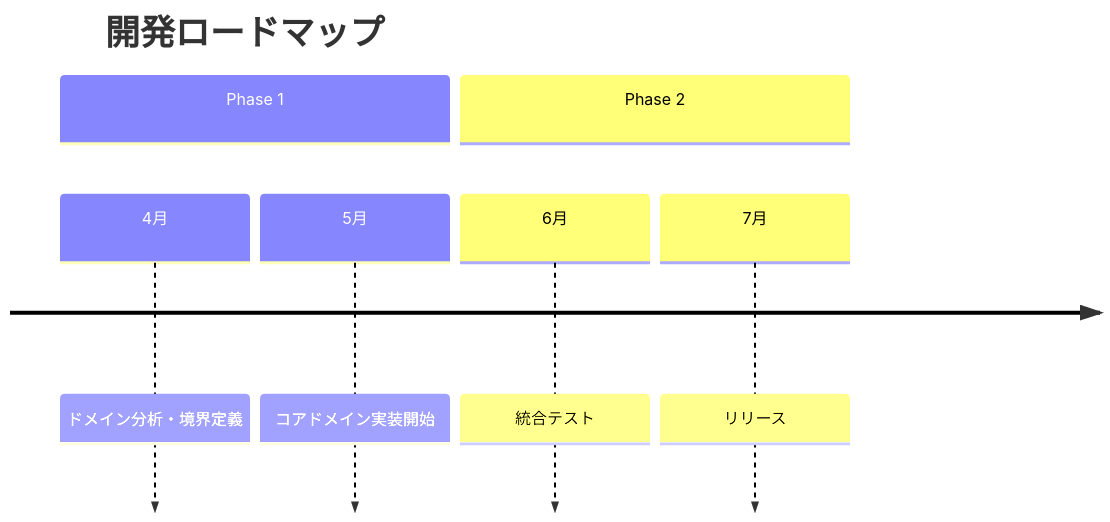
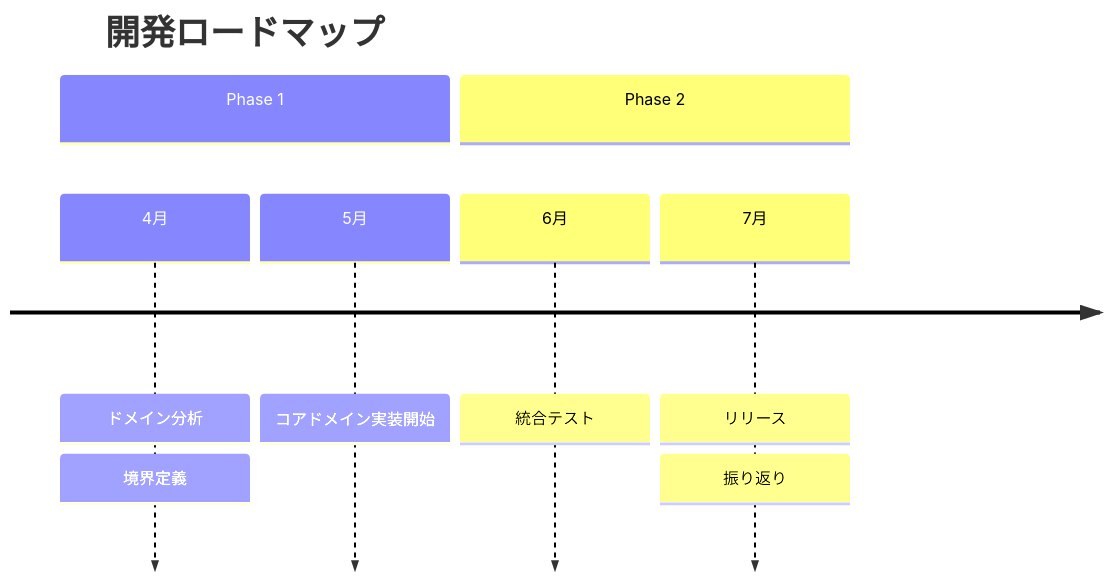
The sixth of 7 diagrams in .claude/skills/mermaid-guide/references/pattern-timeline.md (daidaiiro-519/has-udd), drawn with Mermaid before and after one commit. The commit also changed other lines of this file and 26 other files, not shown here.

````diff
--- a/.claude/skills/mermaid-guide/references/pattern-timeline.md
+++ b/.claude/skills/mermaid-guide/references/pattern-timeline.md
@@ -54,10 +133,11 @@
 ```mermaid
 timeline
     title 開発ロードマップ
     section Phase 1
-        4月 : ドメイン分析・境界定義
+        4月 : ドメイン分析
+            : 境界定義
         5月 : コアドメイン実装開始
     section Phase 2
         6月 : 統合テスト
-        7月 : リリース
+        7月 : リリース : 振り返り
 ```
````
